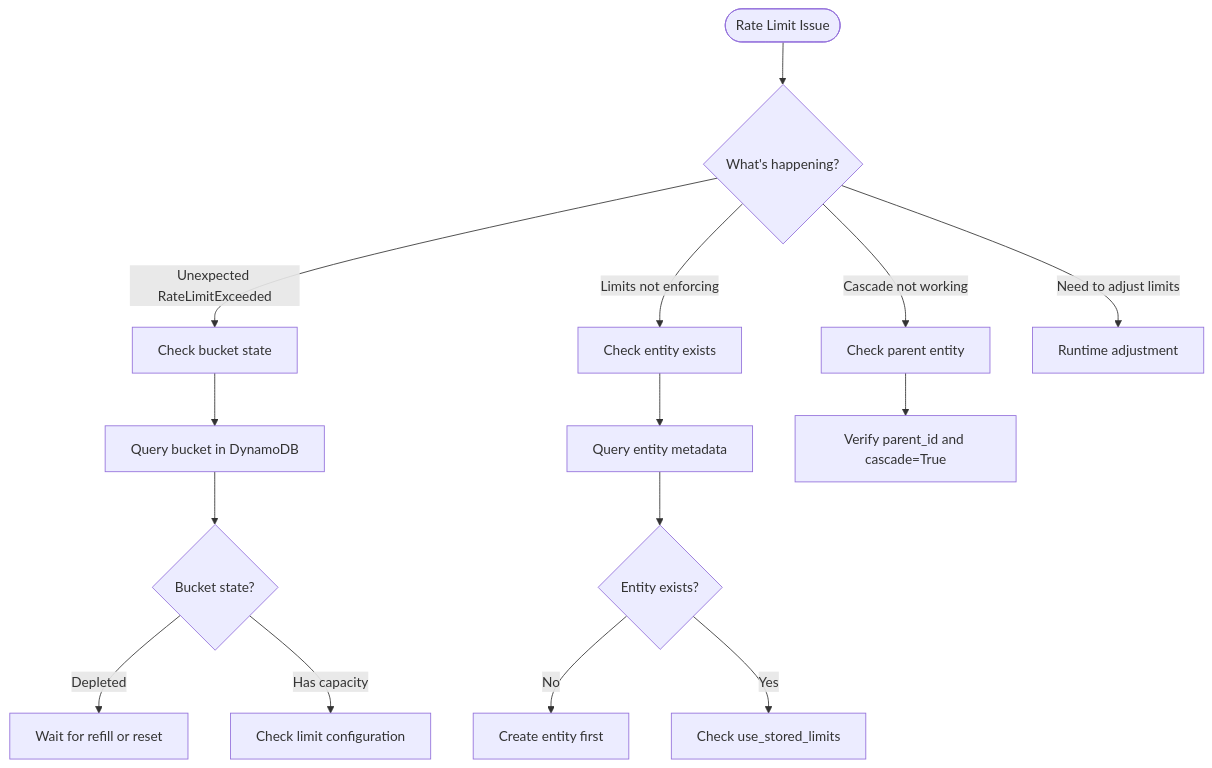
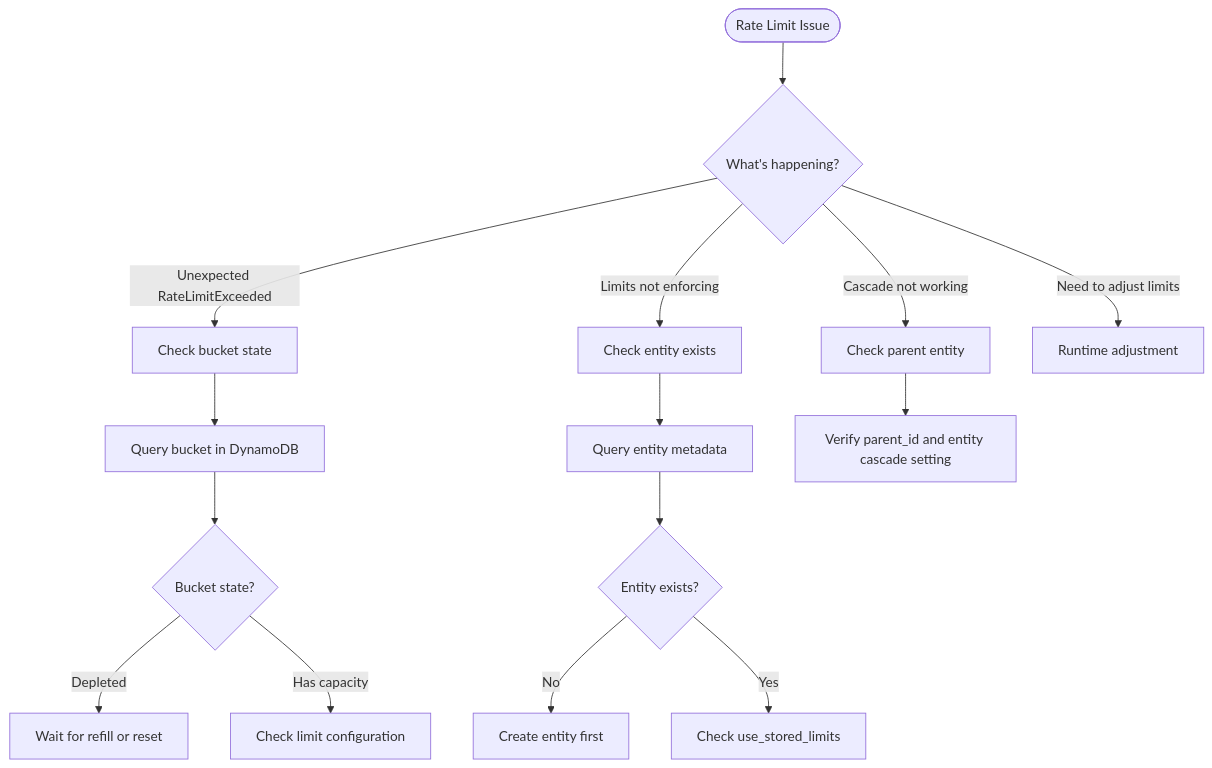
One commit to zeroae/zae-limiter changed the diagram in docs/operations/rate-limits.md. Above: the diagram before and after it, drawn with Mermaid. The commit also changed other lines of this file and 25 other files, not shown here.

First line of the commit message:
✨ feat(limiter): move cascade from per-call to per-entity configuration

````diff
--- a/docs/operations/rate-limits.md
+++ b/docs/operations/rate-limits.md
@@ -7,28 +7,28 @@
 ```mermaid
 flowchart TD
     START([Rate Limit Issue]) --> Q1{What's happening?}
 
     Q1 -->|Unexpected RateLimitExceeded| A1[Check bucket state]
     Q1 -->|Limits not enforcing| A2[Check entity exists]
     Q1 -->|Cascade not working| A3[Check parent entity]
     Q1 -->|Need to adjust limits| A4[Runtime adjustment]
 
     A1 --> CHECK1[Query bucket in DynamoDB]
     A2 --> CHECK2[Query entity metadata]
-    A3 --> CHECK3[Verify parent_id and cascade=True]
+    A3 --> CHECK3[Verify parent_id and entity cascade setting]
 
     CHECK1 --> FIX1{Bucket state?}
     FIX1 -->|Depleted| WAIT[Wait for refill or reset]
     FIX1 -->|Has capacity| CONFIG[Check limit configuration]
 
     CHECK2 --> FIX2{Entity exists?}
     FIX2 -->|No| CREATE[Create entity first]
     FIX2 -->|Yes| LIMITS[Check use_stored_limits]
 
     click A1 "#unexpected-ratelimitexceeded" "Diagnose unexpected limits"
     click A2 "#limits-not-enforcing" "Check entity setup"
     click A3 "#cascade-not-working" "Check parent setup"
     click A4 "#adjust-limits-at-runtime" "Adjust limits"
     click WAIT "#reset-bucket-state" "Reset bucket"
     click CHECK1 "#debug-bucket-state" "Query bucket state"
 ```
````
